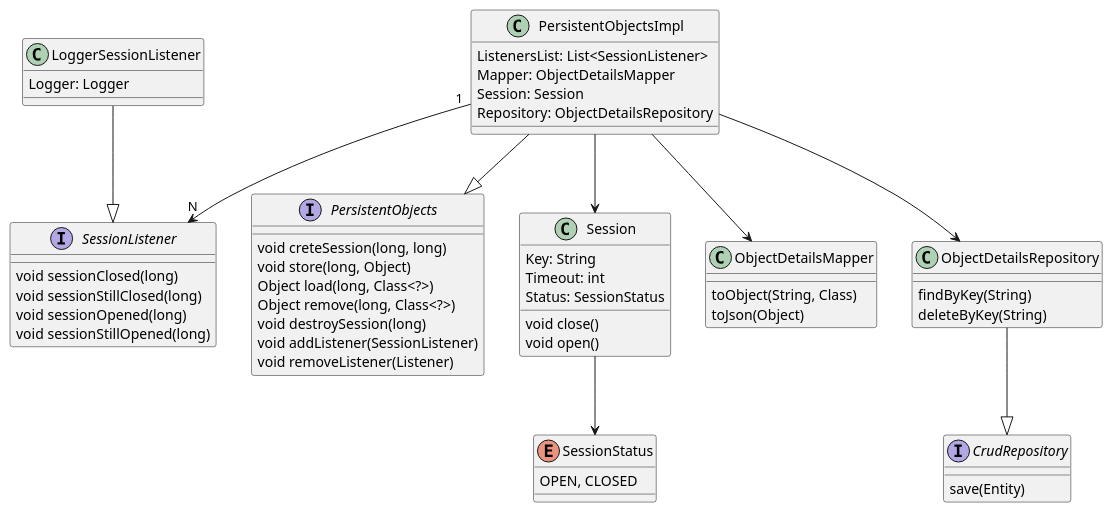
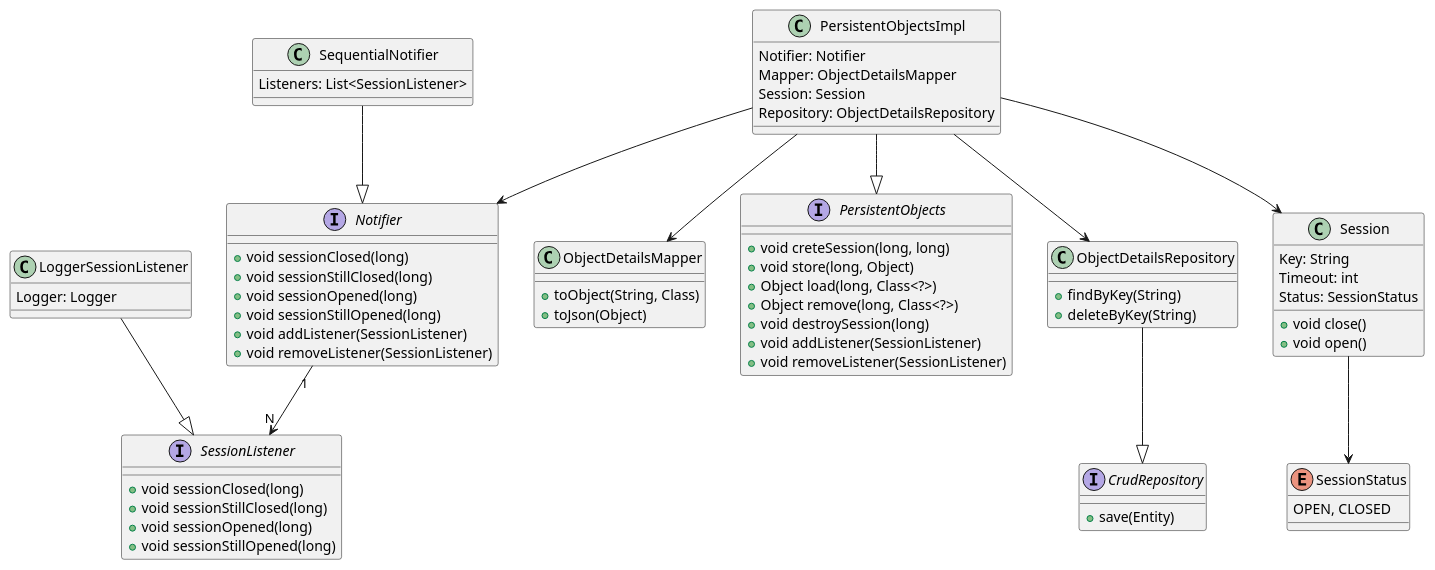
Before and after one commit to sebastiangilberto/utn-palg-2c2022-tp: the diagram in src/main/resources/static/diagrama-clases.PU, drawn with PlantUML. The commit also changed 1 other file, not shown here.

```diff
--- a/src/main/resources/static/diagrama-clases.PU
+++ b/src/main/resources/static/diagrama-clases.PU
@@ -1,66 +1,81 @@
 @startuml
 
 interface PersistentObjects {
-  void creteSession(long, long)
-  void store(long, Object)
-  Object load(long, Class<?>)
-  Object remove(long, Class<?>)
-  void destroySession(long)
-  void addListener(SessionListener)
-  void removeListener(Listener)
+  +void creteSession(long, long)
+  +void store(long, Object)
+  +Object load(long, Class<?>)
+  +Object remove(long, Class<?>)
+  +void destroySession(long)
+  +void addListener(SessionListener)
+  +void removeListener(SessionListener)
 }
 
 class PersistentObjectsImpl {
-  ListenersList: List<SessionListener>
+  Notifier: Notifier
   Mapper: ObjectDetailsMapper
   Session: Session
   Repository: ObjectDetailsRepository
 }
 
+interface Notifier {
+  +void sessionClosed(long)
+  +void sessionStillClosed(long)
+  +void sessionOpened(long)
+  +void sessionStillOpened(long)
+  +void addListener(SessionListener)
+  +void removeListener(SessionListener)
+}
+
+class SequentialNotifier {
+  Listeners: List<SessionListener>
+}
+
 interface SessionListener {
-  void sessionClosed(long)
-  void sessionStillClosed(long)
-  void sessionOpened(long)
-  void sessionStillOpened(long)
+  +void sessionClosed(long)
+  +void sessionStillClosed(long)
+  +void sessionOpened(long)
+  +void sessionStillOpened(long)
 }
 
 class LoggerSessionListener {
   Logger: Logger
 }
 
 class Session {
   Key: String
   Timeout: int
   Status: SessionStatus
-  void close()
-  void open()
+  +void close()
+  +void open()
 }
 
 enum SessionStatus{
   OPEN, CLOSED
 }
 
 class ObjectDetailsMapper {
-  toObject(String, Class)
-  toJson(Object)
+  +toObject(String, Class)
+  +toJson(Object)
 }
 
 class ObjectDetailsRepository {
-  findByKey(String)
-  deleteByKey(String)
+  +findByKey(String)
+  +deleteByKey(String)
 }
 
 interface CrudRepository{
-  save(Entity)
+  +save(Entity)
 }
 
 LoggerSessionListener --|> SessionListener
 PersistentObjectsImpl --|> PersistentObjects
 PersistentObjectsImpl --> Session
 PersistentObjectsImpl --> ObjectDetailsMapper
 PersistentObjectsImpl --> ObjectDetailsRepository
-PersistentObjectsImpl "1" --> "N" SessionListener
+PersistentObjectsImpl --> Notifier
+SequentialNotifier --|> Notifier
+Notifier "1" --> "N" SessionListener
 Session --> SessionStatus
 ObjectDetailsRepository --|> CrudRepository
 
 @enduml
```
